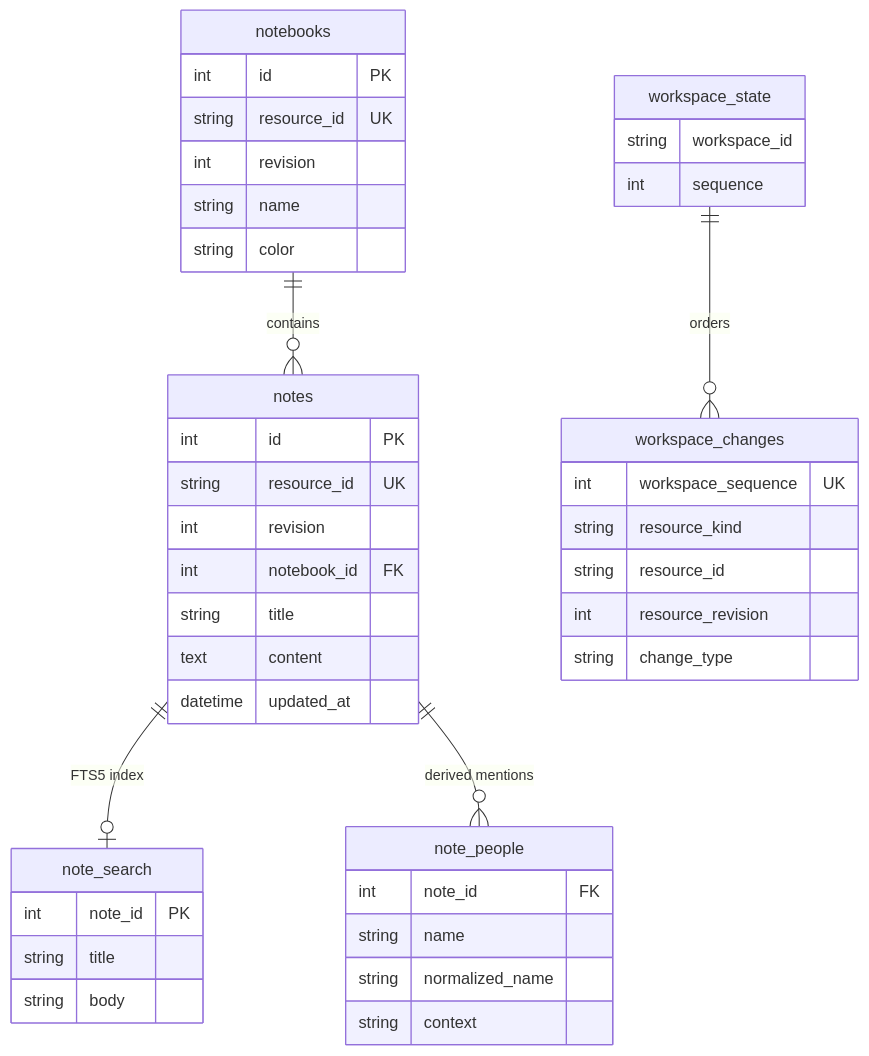
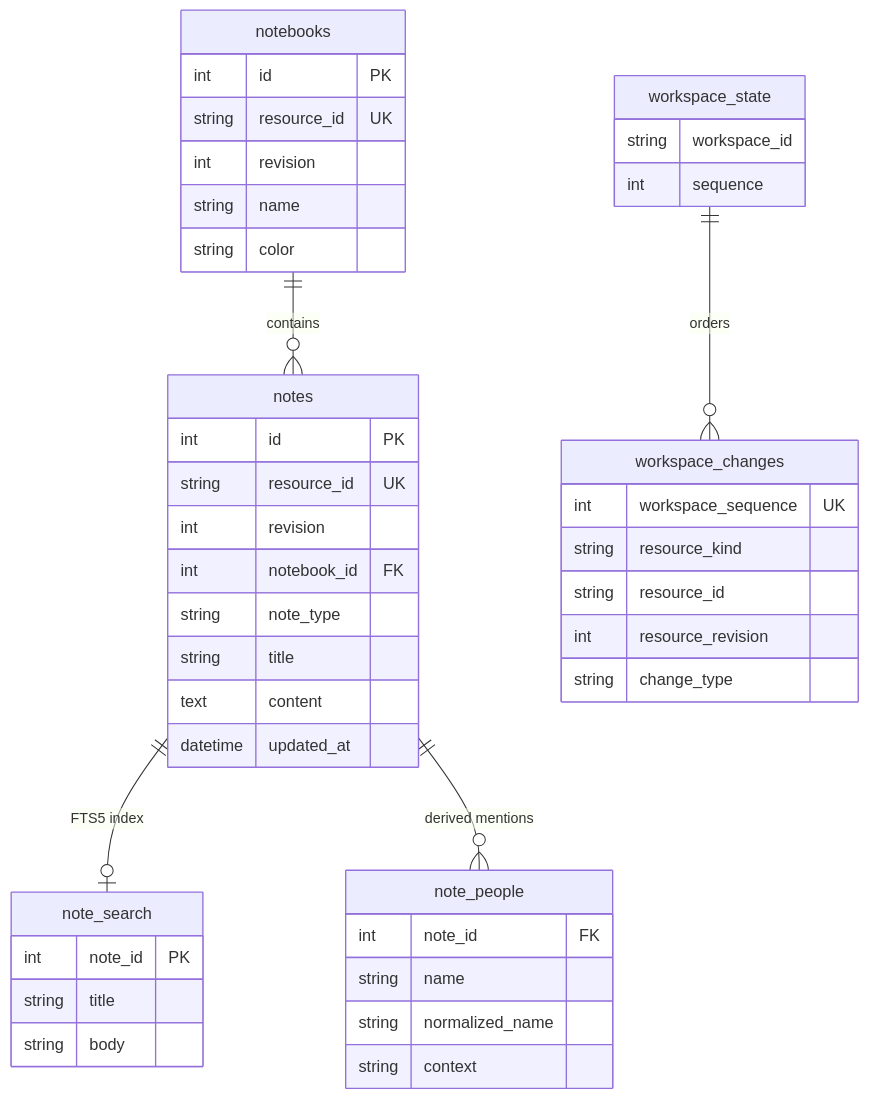
Before and after one commit to abhisheksreesaila/personalnote: the third of 6 diagrams in docs/ARCHITECTURE.md, drawn with Mermaid. The commit also changed other lines of this file and 39 other files, not shown here.

````diff
--- a/docs/ARCHITECTURE.md
+++ b/docs/ARCHITECTURE.md
@@ -88,46 +102,47 @@
 ```mermaid
 erDiagram
     notebooks ||--o{ notes : contains
     notes ||--o| note_search : "FTS5 index"
     notes ||--o{ note_people : "derived mentions"
     workspace_state ||--o{ workspace_changes : orders
 
     notebooks {
         int id PK
         string resource_id UK
         int revision
         string name
         string color
     }
     notes {
         int id PK
         string resource_id UK
         int revision
         int notebook_id FK
+        string note_type
         string title
         text content
         datetime updated_at
     }
     note_search {
         int note_id PK
         string title
         string body
     }
     note_people {
         int note_id FK
         string name
         string normalized_name
         string context
     }
     workspace_state {
         string workspace_id
         int sequence
     }
     workspace_changes {
         int workspace_sequence UK
         string resource_kind
         string resource_id
         int resource_revision
         string change_type
     }
 ```
````
